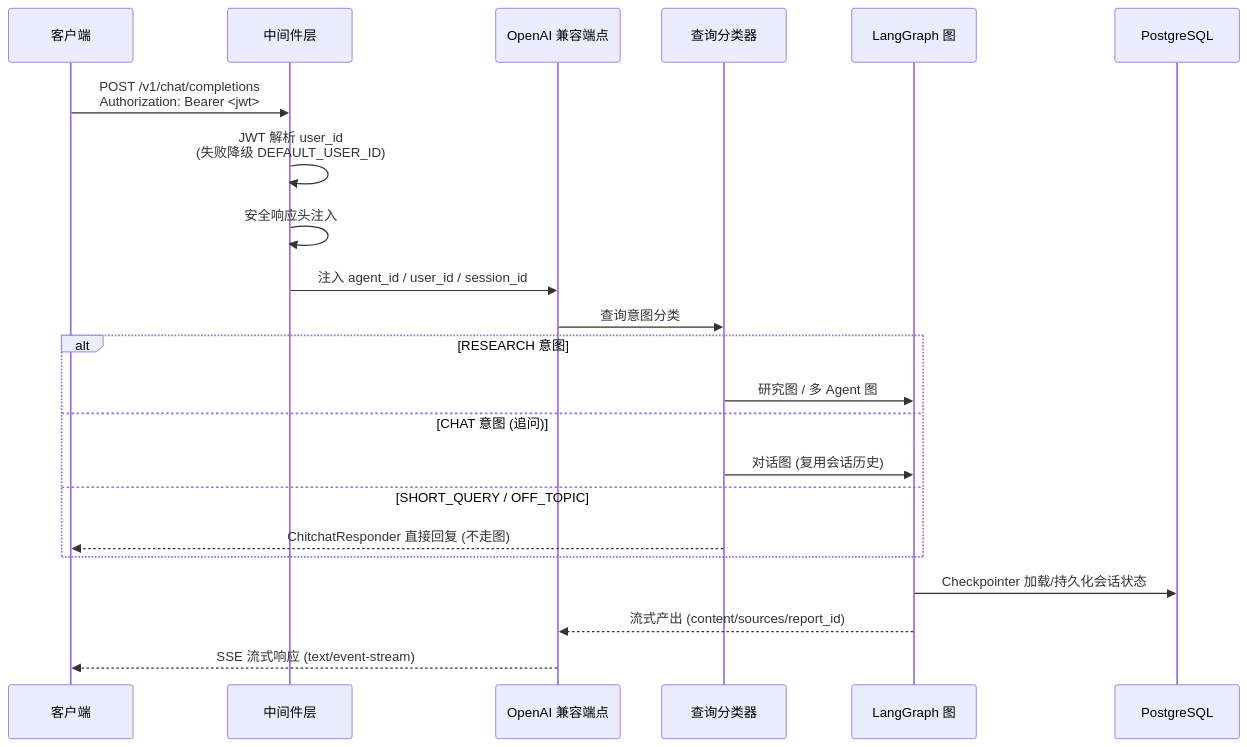
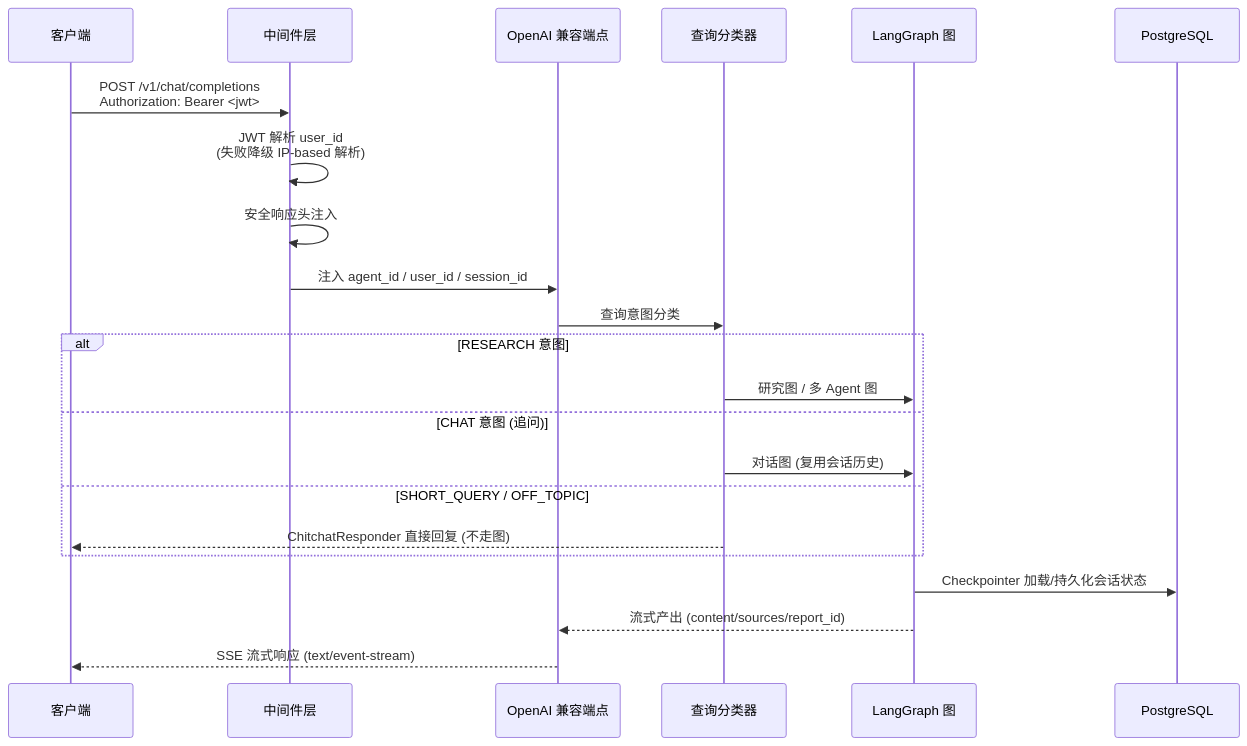
One commit to AgentInsight/agentinsight-researcher changed the second of 8 diagrams in docs/architecture.md. Above: the diagram before and after it, drawn with Mermaid. The commit also changed other lines of this file and 46 other files, not shown here.

````diff
--- a/docs/architecture.md
+++ b/docs/architecture.md
@@ -133,25 +138,25 @@
 ```mermaid
 sequenceDiagram
     participant C as 客户端
     participant MW as 中间件层
     participant API as OpenAI 兼容端点
     participant QC as 查询分类器
     participant G as LangGraph 图
     participant DB as PostgreSQL
 
     C->>MW: POST /v1/chat/completions<br/>Authorization: Bearer <jwt>
-    MW->>MW: JWT 解析 user_id<br/>(失败降级 DEFAULT_USER_ID)
+    MW->>MW: JWT 解析 user_id<br/>(失败降级 IP-based 解析)
     MW->>MW: 安全响应头注入
     MW->>API: 注入 agent_id / user_id / session_id
     API->>QC: 查询意图分类
     alt RESEARCH 意图
         QC->>G: 研究图 / 多 Agent 图
     else CHAT 意图 (追问)
         QC->>G: 对话图 (复用会话历史)
     else SHORT_QUERY / OFF_TOPIC
         QC-->>C: ChitchatResponder 直接回复 (不走图)
     end
     G->>DB: Checkpointer 加载/持久化会话状态
     G-->>API: 流式产出 (content/sources/report_id)
     API-->>C: SSE 流式响应 (text/event-stream)
 ```
````
